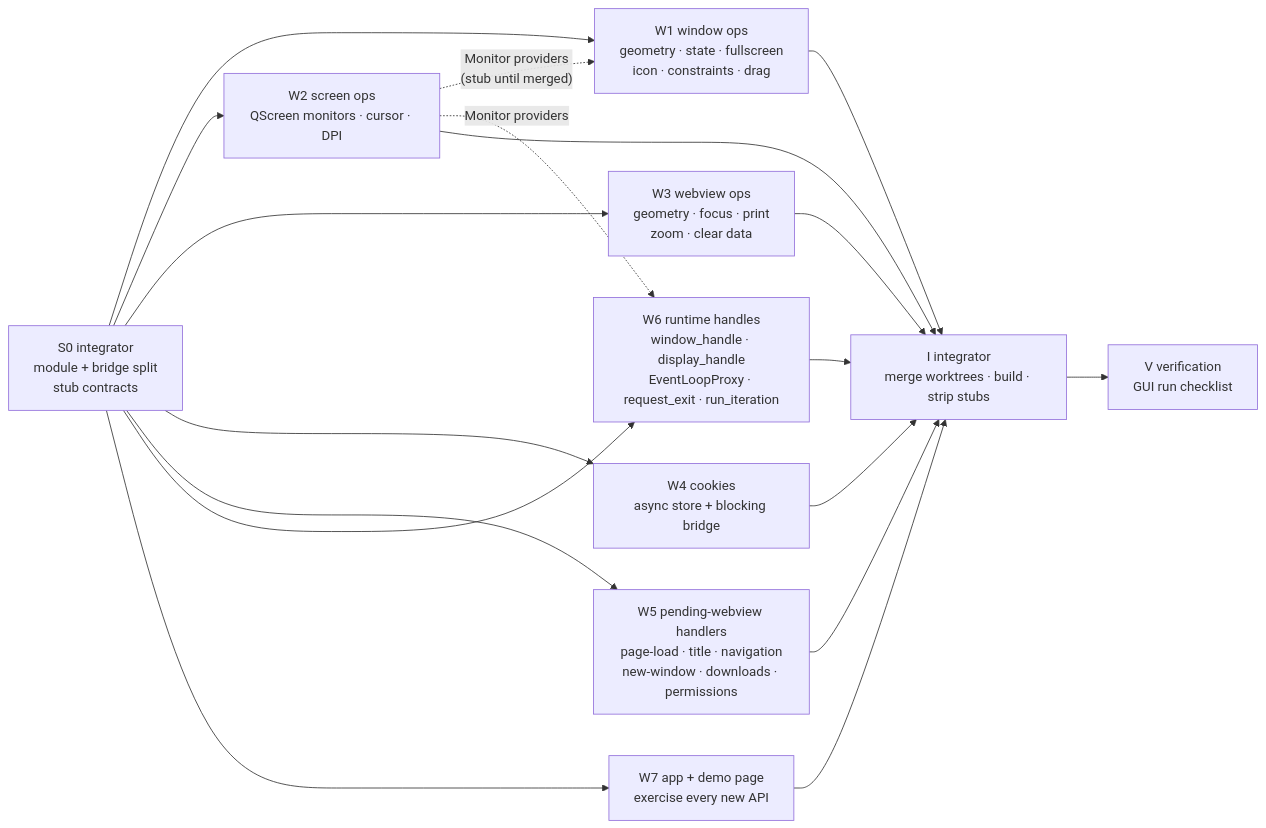
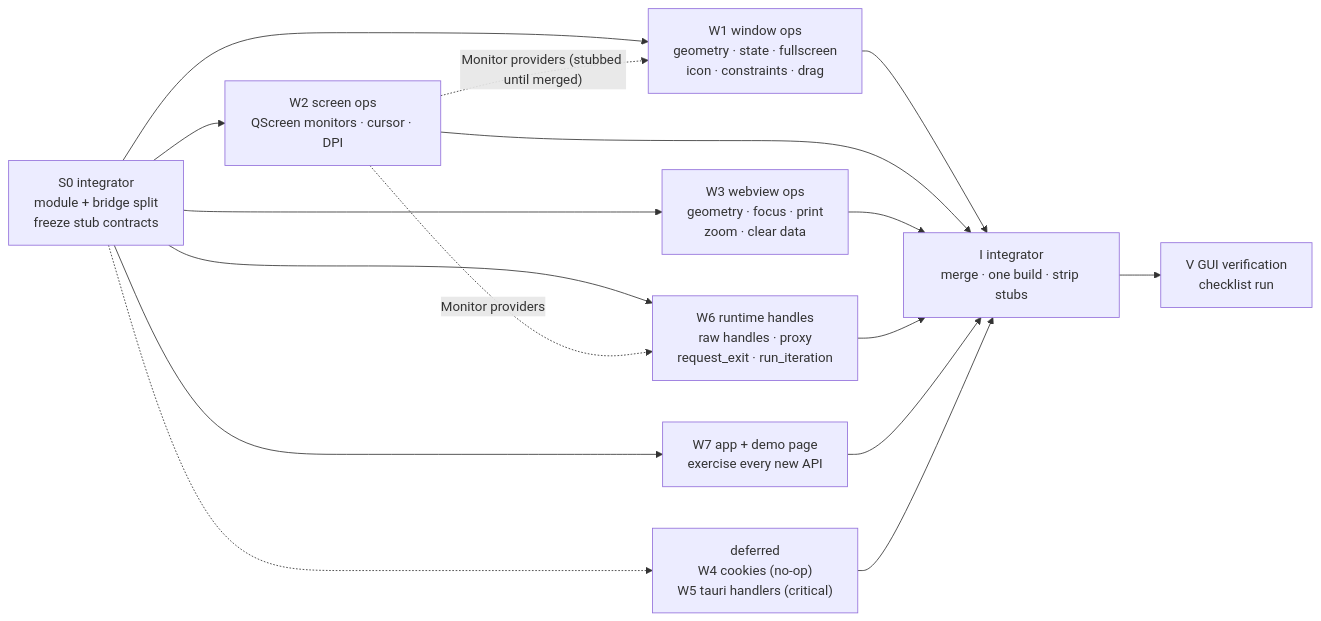
The diagram in PLAN-WORKERS.md (Alper-Celik/TauriQt), drawn with Mermaid before and after one commit. The commit also changed other lines of this file and 17 other files, not shown here.

````diff
--- a/PLAN-WORKERS.md
+++ b/PLAN-WORKERS.md
@@ -29,31 +29,28 @@
 ```mermaid
 graph LR
-    S0["S0 integrator<br/>module + bridge split<br/>stub contracts"]
+    S0["S0 integrator<br/>module + bridge split<br/>freeze stub contracts"]
     W1["W1 window ops<br/>geometry · state · fullscreen<br/>icon · constraints · drag"]
     W2["W2 screen ops<br/>QScreen monitors · cursor · DPI"]
     W3["W3 webview ops<br/>geometry · focus · print<br/>zoom · clear data"]
-    W4["W4 cookies<br/>async store + blocking bridge"]
-    W5["W5 pending-webview handlers<br/>page-load · title · navigation<br/>new-window · downloads · permissions"]
-    W6["W6 runtime handles<br/>window_handle · display_handle<br/>EventLoopProxy · request_exit · run_iteration"]
+    W6["W6 runtime handles<br/>raw handles · proxy<br/>request_exit · run_iteration"]
     W7["W7 app + demo page<br/>exercise every new API"]
-    I["I integrator<br/>merge worktrees · build · strip stubs"]
-    V["V verification<br/>GUI run checklist"]
+    DEF["deferred<br/>W4 cookies (no-op)<br/>W5 tauri handlers (critical)"]
+    I["I integrator<br/>merge · one build · strip stubs"]
+    V["V GUI verification<br/>checklist run"]
 
     S0 --> W1
     S0 --> W2
     S0 --> W3
-    S0 --> W4
-    S0 --> W5
     S0 --> W6
     S0 --> W7
-    W2 -.->|"Monitor providers<br/>(stub until merged)"| W1
+    S0 -.-> DEF
+    W2 -.->|"Monitor providers (stubbed until merged)"| W1
     W2 -.->|"Monitor providers"| W6
     W1 --> I
     W2 --> I
     W3 --> I
-    W4 --> I
-    W5 --> I
     W6 --> I
     W7 --> I
+    DEF --> I
     I --> V
 ```
````
